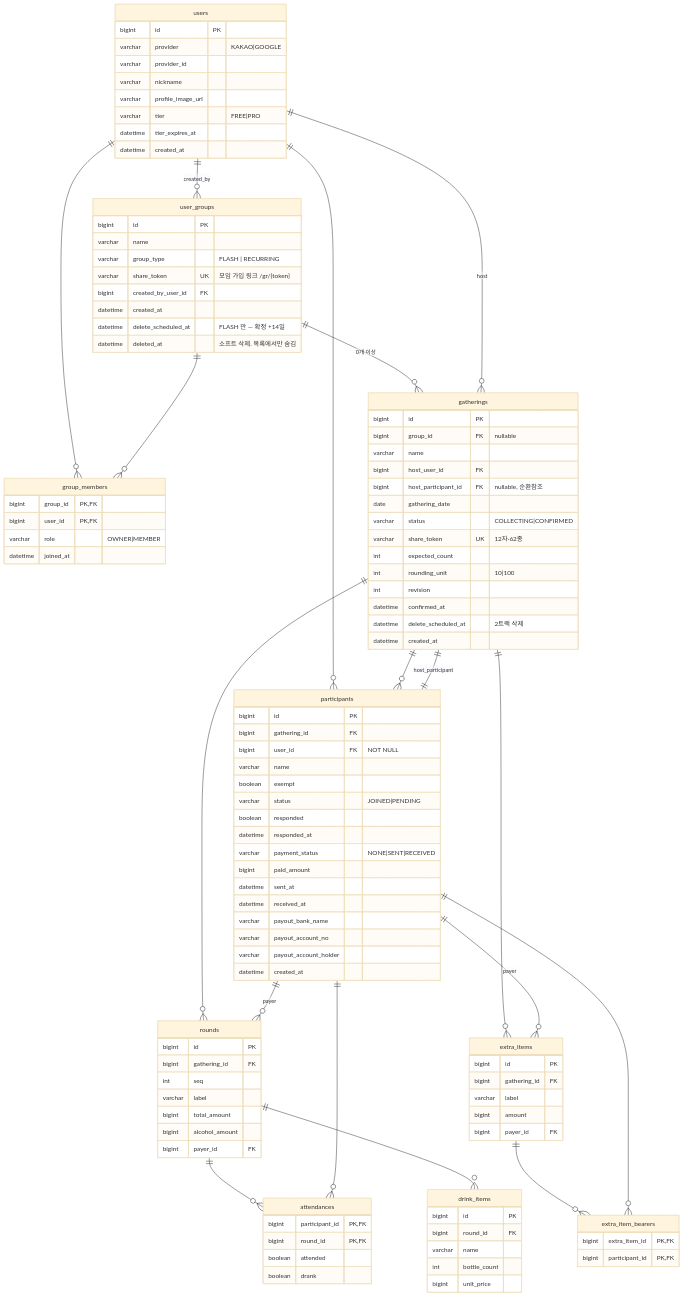
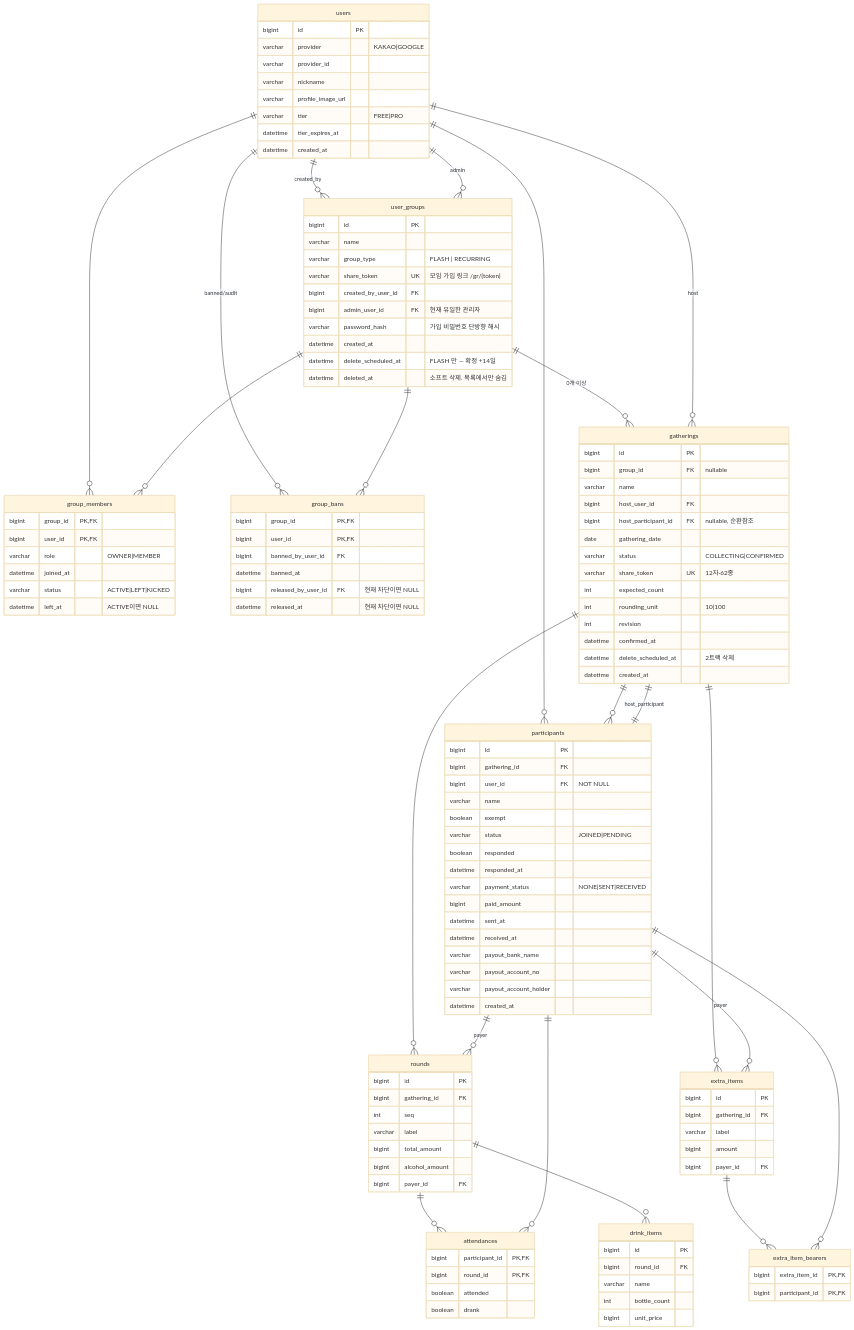
One commit to owencity/jungsan_attack changed the diagram in docs/ERD.md. Above: the diagram before and after it, drawn with Mermaid (base theme). The commit also changed other lines of this file and 9 other files, not shown here.

````diff
--- a/docs/ERD.md
+++ b/docs/ERD.md
@@ -76,8 +78,11 @@
 ```mermaid
 erDiagram
     users ||--o{ user_groups : "created_by"
+    users ||--o{ user_groups : "admin"
     users ||--o{ group_members : ""
     user_groups ||--o{ group_members : ""
+    users ||--o{ group_bans : "banned/audit"
+    user_groups ||--o{ group_bans : ""
     user_groups ||--o{ gatherings : "0개 이상"
     users ||--o{ gatherings : "host"
     users ||--o{ participants : ""
@@ -109,6 +114,8 @@
         varchar group_type "FLASH | RECURRING"
         varchar share_token UK "모임 가입 링크 /gr/{token}"
         bigint created_by_user_id FK
+        bigint admin_user_id FK "현재 유일한 관리자"
+        varchar password_hash "가입 비밀번호 단방향 해시"
         datetime created_at
         datetime delete_scheduled_at "FLASH 만 — 확정 +14일"
         datetime deleted_at "소프트 삭제. 목록에서만 숨김"
@@ -118,6 +125,16 @@
         bigint user_id PK,FK
         varchar role "OWNER|MEMBER"
         datetime joined_at
+        varchar status "ACTIVE|LEFT|KICKED"
+        datetime left_at "ACTIVE이면 NULL"
+    }
+    group_bans {
+        bigint group_id PK,FK
+        bigint user_id PK,FK
+        bigint banned_by_user_id FK
+        datetime banned_at
+        bigint released_by_user_id FK "현재 차단이면 NULL"
+        datetime released_at "현재 차단이면 NULL"
     }
     gatherings {
         bigint id PK
````
